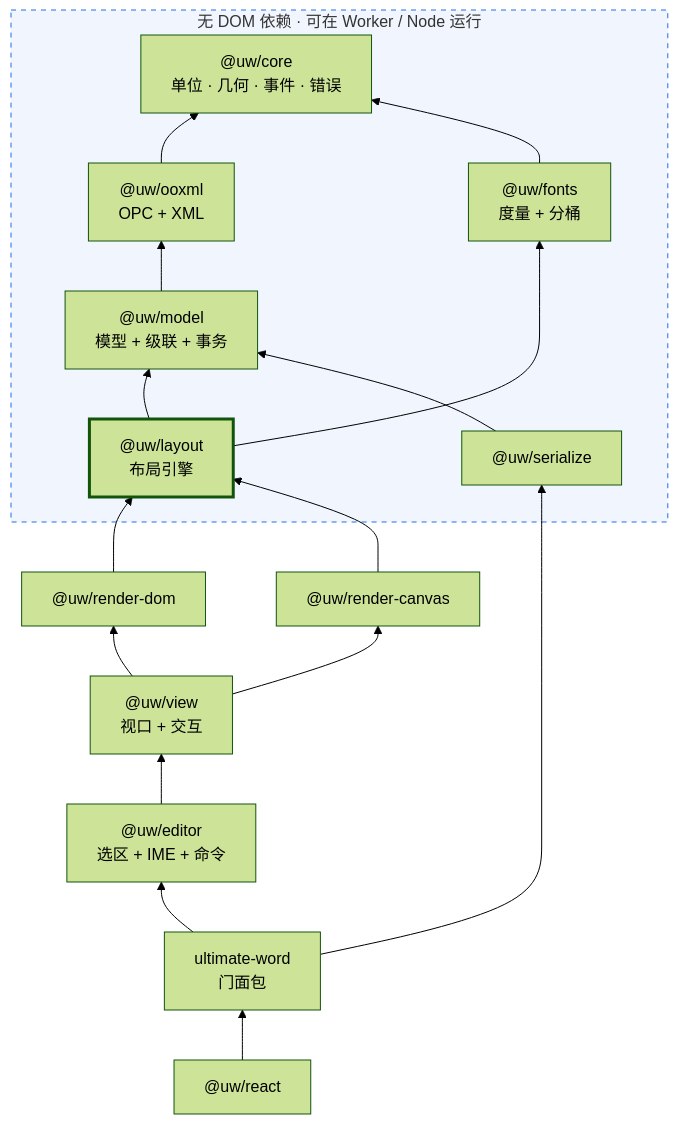
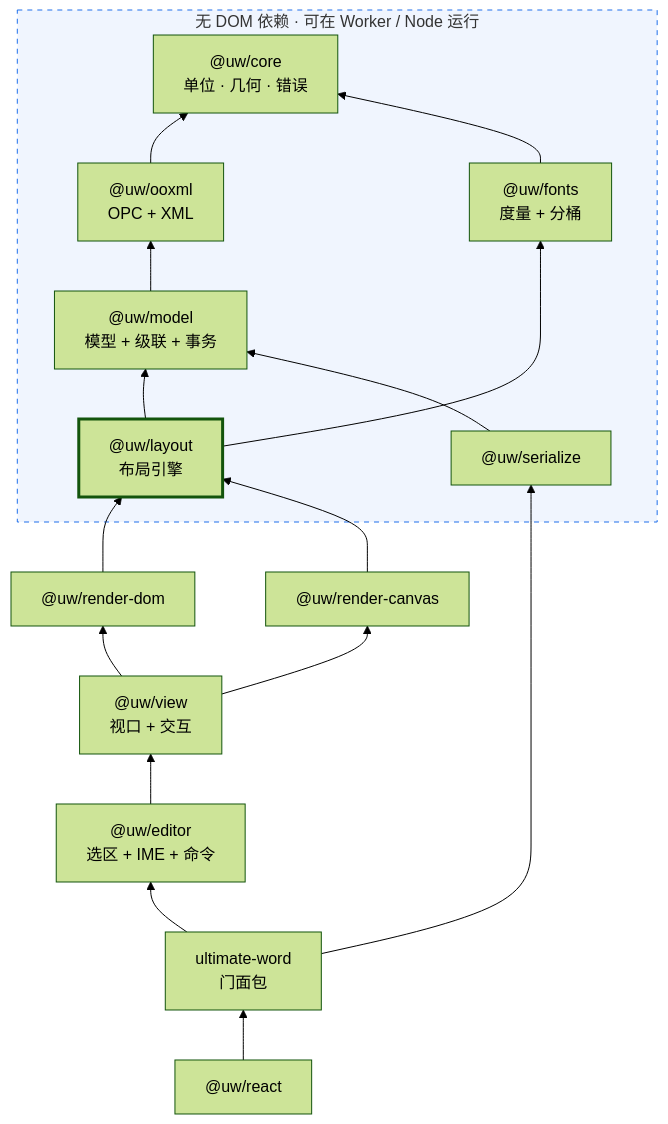
One commit to shedan9/ultimate-word-js changed the second of 7 diagrams in docs/architecture.md. Above: the diagram before and after it, drawn with Mermaid (forest theme). The commit also changed other lines of this file and 13 other files, not shown here.

````diff
--- a/docs/architecture.md
+++ b/docs/architecture.md
@@ -145,42 +145,42 @@
 ```mermaid
 flowchart BT
-  core["@uw/core<br/>单位 · 几何 · 事件 · 错误"]
+  core["@uw/core<br/>单位 · 几何 · 错误"]
   ooxml["@uw/ooxml<br/>OPC + XML"]
   model["@uw/model<br/>模型 + 级联 + 事务"]
   fonts["@uw/fonts<br/>度量 + 分桶"]
   layout["@uw/layout<br/>布局引擎"]
   rdom["@uw/render-dom"]
   rcanvas["@uw/render-canvas"]
   view["@uw/view<br/>视口 + 交互"]
   editor["@uw/editor<br/>选区 + IME + 命令"]
   serialize["@uw/serialize"]
   facade["ultimate-word<br/>门面包"]
   react["@uw/react"]
 
   ooxml --> core
   fonts --> core
   model --> ooxml
   layout --> model
   layout --> fonts
   rdom --> layout
   rcanvas --> layout
   view --> rdom
   view --> rcanvas
   editor --> view
   serialize --> model
   facade --> editor
   facade --> serialize
   react --> facade
 
   subgraph nodom ["无 DOM 依赖 · 可在 Worker / Node 运行"]
     core
     ooxml
     model
     fonts
     layout
     serialize
   end
 
   style nodom fill:#1f6feb11,stroke:#1f6feb,stroke-dasharray: 5 5
   style layout stroke-width:3px
 ```
````
